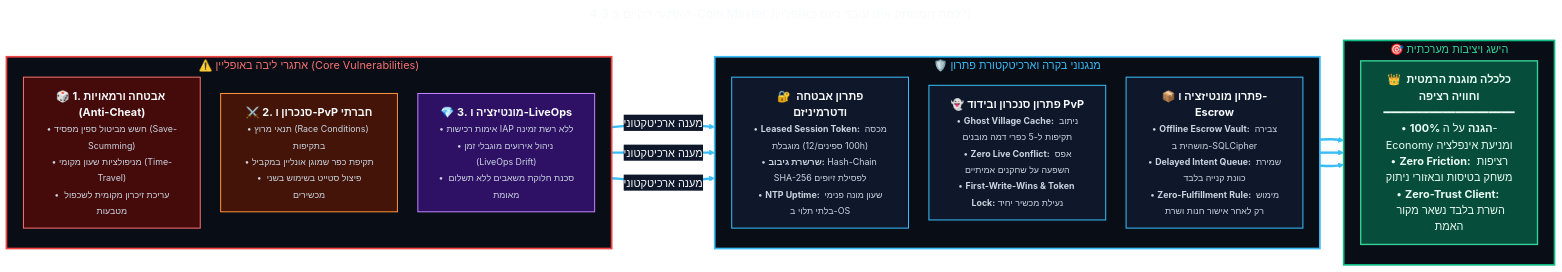
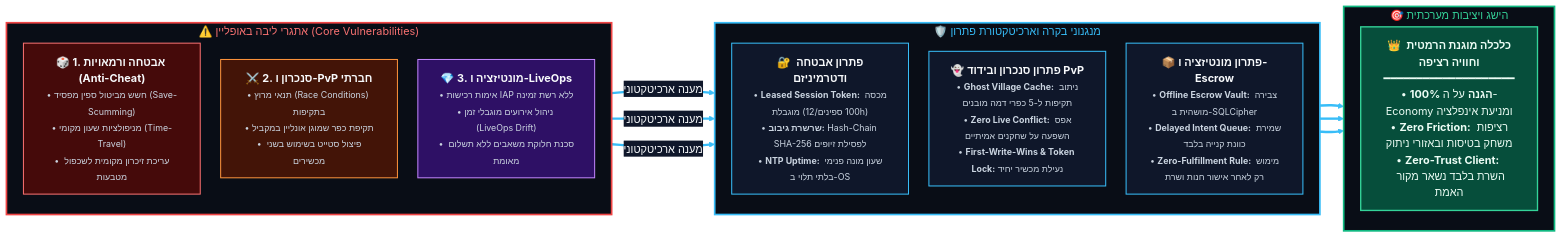
The third of 3 diagrams in prd_final_v5_CEO_chapters/04 - הגדרת הבעיה ופילוח שוק עולמי (Market Opportunity & Connectivity).md (Yuvalalex/MOON-ACTIVE-MUNI-SPINE), drawn with Mermaid before and after one commit. The commit also changed other lines of this file and 16 other files, not shown here.

Commit message:
docs: fix mermaid blocks in PRD docs

````diff
--- a/prd_final_v5_CEO_chapters/04 - הגדרת הבעיה ופילוח שוק עולמי (Market Opportunity & Connectivity).md
+++ b/prd_final_v5_CEO_chapters/04 - הגדרת הבעיה ופילוח שוק עולמי (Market Opportunity & Connectivity).md
@@ -176,72 +169,69 @@
 ```mermaid
----
-title: 4.3 האתגר הקיים ב-Coin Master (למה המשחק אינו עובד כיום באופליין?)
----
 %%{init: {
   "theme": "base",
   "themeVariables": {
     "fontFamily": "Segoe UI, Assistant, sans-serif",
     "fontSize": "16px",
     "primaryColor": "#0f172a",
     "primaryTextColor": "#f8fafc",
     "primaryBorderColor": "#38bdf8",
     "lineColor": "#38bdf8",
     "secondaryColor": "#1e293b",
     "tertiaryColor": "#1e293b",
     "edgeLabelBackground": "#0f172a",
     "nodeBorder": "#38bdf8",
     "clusterBkg": "#0b1120",
     "clusterBorder": "#38bdf8"
   },
   "flowchart": { "curve": "basis", "nodeSpacing": 30, "rankSpacing": 35, "padding": 15 },
   "sequence": { "actorMargin": 30, "messageMargin": 30 },
   "state": { "nodeSpacing": 30, "rankSpacing": 35, "titleTopMargin": 15 }
 }}%%
 flowchart LR
 
     %% עמודת איומים ואתגרים
     subgraph THREATS ["⚠️ אתגרי ליבה באופליין (Core Vulnerabilities)"]
         direction TB
         T1["🎲 <b>1. אבטחה ורמאויות (Anti-Cheat)</b><br/><span style='font-size:13px;color:#cbd5e1;'>• חשש מביטול ספין מפסיד (Save-Scumming)<br/>• מניפולציות שעון מקומי (Time-Travel)<br/>• עריכת זיכרון מקומית לשכפול מטבעות</span>"]
         T2["⚔️ <b>2. סנכרון ו-PvP חברתי</b><br/><span style='font-size:13px;color:#cbd5e1;'>• תנאי מרוץ (Race Conditions) בתקיפות<br/>• תקיפת כפר שמוגן אונליין במקביל<br/>• פיצול סטייט בשימוש בשני מכשירים</span>"]
         T3["💎 <b>3. מונטיזציה ו-LiveOps</b><br/><span style='font-size:13px;color:#cbd5e1;'>• אימות רכישות IAP ללא רשת זמינה<br/>• ניהול אירועים מוגבלי זמן (LiveOps Drift)<br/>• סכנת חלוקת משאבים ללא תשלום מאומת</span>"]
     end
 
     %% עמודת פתרונות ומנגנוני בקרה
     subgraph CONTROLS ["🛡️ מנגנוני בקרה וארכיטקטורת פתרון"]
         direction TB
         S1["🔐 <b>פתרון אבטחה ודטרמיניזם</b><br/><span style='font-size:13px;color:#cbd5e1;'>• <b>Leased Session Token:</b> מכסה מוגבלת (100 ספינים/12h)<br/>• <b>שרשרת גיבוב:</b> Hash-Chain SHA-256 לפסילת זיופים<br/>• <b>NTP Uptime:</b> שעון מונה פנימי בלתי תלוי ב-OS</span>"]
         S2["👻 <b>פתרון סנכרון ובידוד PvP</b><br/><span style='font-size:13px;color:#cbd5e1;'>• <b>Ghost Village Cache:</b> ניתוב תקיפות ל-5 כפרי דמה מובנים<br/>• <b>Zero Live Conflict:</b> אפס השפעה על שחקנים אמיתיים<br/>• <b>First-Write-Wins & Token Lock:</b> נעילת מכשיר יחיד</span>"]
         S3["📦 <b>פתרון מונטיזציה ו-Escrow</b><br/><span style='font-size:13px;color:#cbd5e1;'>• <b>Offline Escrow Vault:</b> צבירה מושהית ב-SQLCipher<br/>• <b>Delayed Intent Queue:</b> שמירת כוונת קנייה בלבד<br/>• <b>Zero-Fulfillment Rule:</b> מימוש רק לאחר אישור חנות ושרת</span>"]
     end
 
     %% תוצאה עסקית וטכנולוגית סופית
     subgraph OUTCOME ["🎯 הישג ויציבות מערכתית"]
         direction TB
         RES["👑 <b>כלכלה מוגנת הרמטית וחוויה רציפה</b><br/>━━━━━━━━━━━━━━━━━━━━<br/>• <b>100% הגנה</b> על ה-Economy ומניעת אינפלציה<br/>• <b>Zero Friction:</b> רציפות משחק בטיסות ובאזורי ניתוק<br/>• <b>Zero-Trust Client:</b> השרת בלבד נשאר מקור האמת"]
     end
 
     %% חיבורים וזרימה
     T1 ==>|"מענה ארכיטקטוני"| S1
     T2 ==>|"מענה ארכיטקטוני"| S2
     T3 ==>|"מענה ארכיטקטוני"| S3
 
     S1 ==> RES
     S2 ==> RES
     S3 ==> RES
 
     %% סגנונות כהים ומודרניים
     style THREATS fill:#090d16,stroke:#ef4444,stroke-width:2.5px,color:#f87171
     style CONTROLS fill:#090d16,stroke:#38bdf8,stroke-width:2.5px,color:#38bdf8
     style OUTCOME fill:#090d16,stroke:#10b981,stroke-width:2.5px,color:#34d399
 
     style T1 fill:#450a0a,stroke:#f87171,stroke-width:1.5px,color:#f8fafc
     style T2 fill:#431407,stroke:#fb923c,stroke-width:1.5px,color:#f8fafc
     style T3 fill:#2e1065,stroke:#c084fc,stroke-width:1.5px,color:#f8fafc
 
     style S1 fill:#0f172a,stroke:#38bdf8,stroke-width:1.5px,color:#f8fafc
     style S2 fill:#0f172a,stroke:#38bdf8,stroke-width:1.5px,color:#f8fafc
     style S3 fill:#0f172a,stroke:#38bdf8,stroke-width:1.5px,color:#f8fafc
 
     style RES fill:#064e3b,stroke:#34d399,stroke-width:2px,color:#ecfdf5
 ```
````
